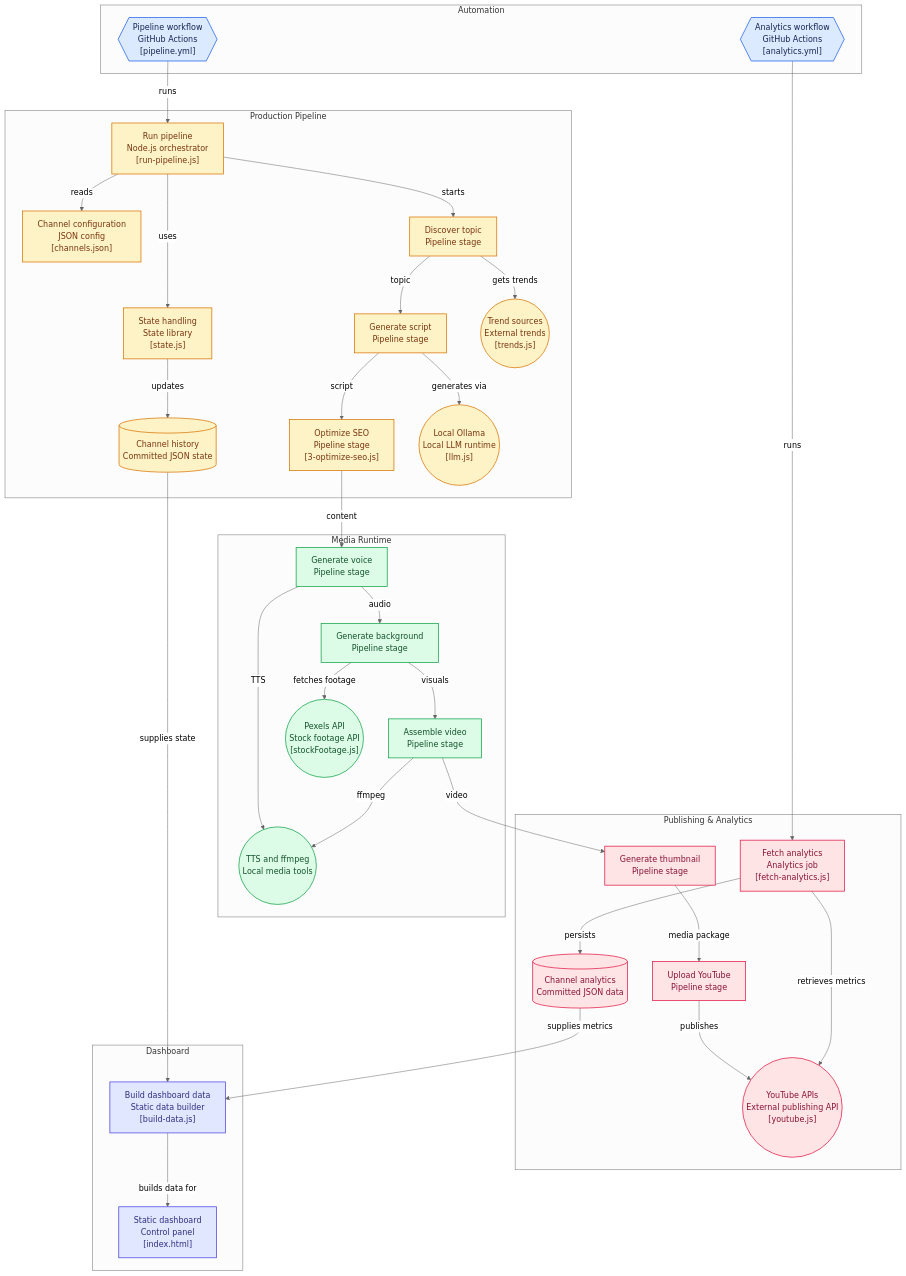
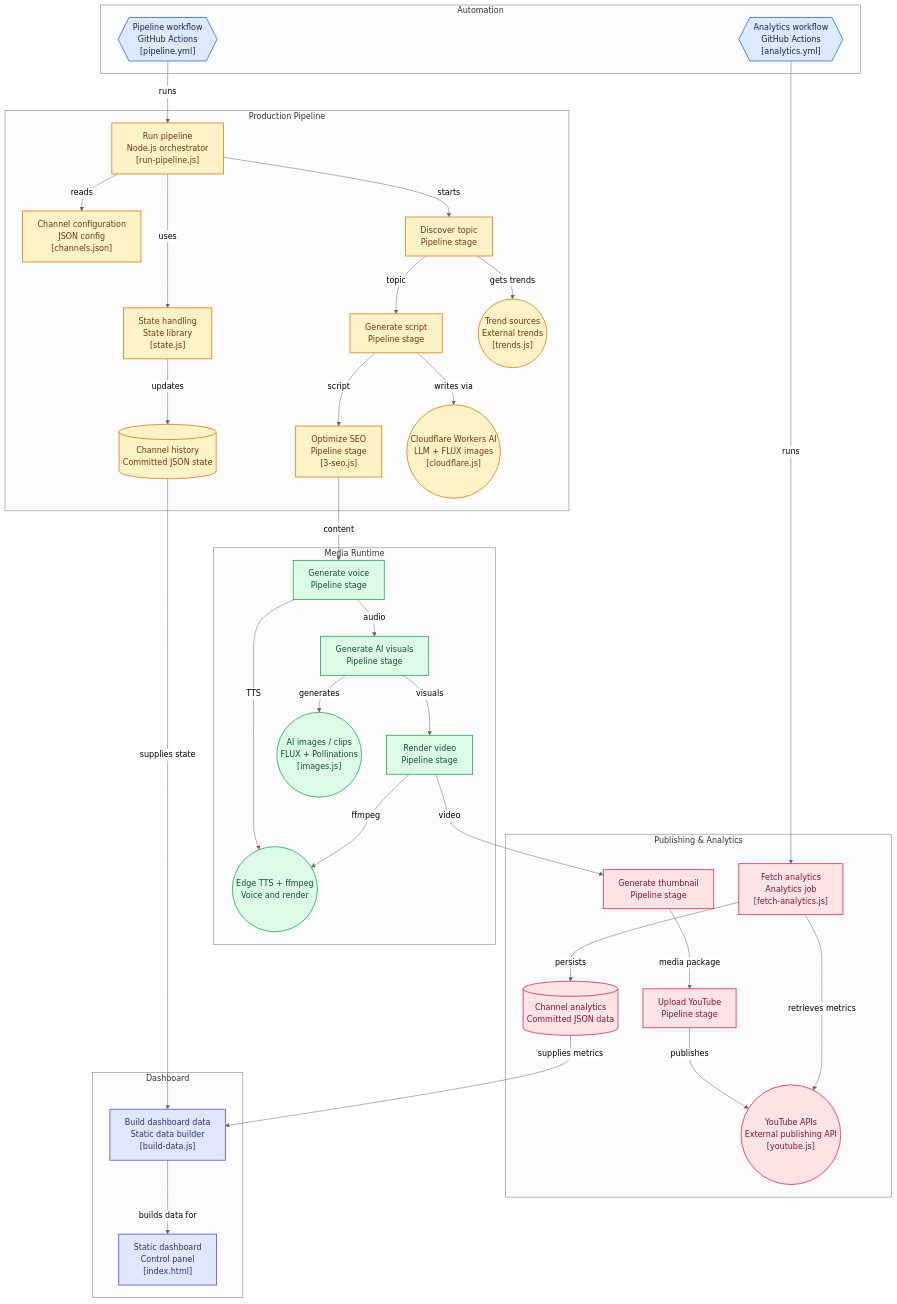
The diagram in README.md (pkanderi-abio/youtube-autopilot), drawn with Mermaid (neutral theme) before and after one commit. The commit also changed other lines of this file and 36 other files, not shown here.

```diff
--- a/README.md
+++ b/README.md
@@ -32,17 +33,17 @@
   node_history[("Channel history<br/>Committed JSON state")]
   node_discovery["Discover topic<br/>Pipeline stage"]
   node_script["Generate script<br/>Pipeline stage"]
-  node_seo["Optimize SEO<br/>Pipeline stage<br/>[3-optimize-seo.js]"]
+  node_seo["Optimize SEO<br/>Pipeline stage<br/>[3-seo.js]"]
   node_trends_api(("Trend sources<br/>External trends<br/>[trends.js]"))
-  node_ollama(("Local Ollama<br/>Local LLM runtime<br/>[llm.js]"))
+  node_ollama(("Cloudflare Workers AI<br/>LLM + FLUX images<br/>[cloudflare.js]"))
 end
 
 subgraph group_media["Media Runtime"]
   node_voice["Generate voice<br/>Pipeline stage"]
-  node_background["Generate background<br/>Pipeline stage"]
-  node_assembly["Assemble video<br/>Pipeline stage"]
-  node_stock_api(("Pexels API<br/>Stock footage API<br/>[stockFootage.js]"))
-  node_media_tools(("TTS and ffmpeg<br/>Local media tools"))
+  node_background["Generate AI visuals<br/>Pipeline stage"]
+  node_assembly["Render video<br/>Pipeline stage"]
+  node_stock_api(("AI images / clips<br/>FLUX + Pollinations<br/>[images.js]"))
+  node_media_tools(("Edge TTS + ffmpeg<br/>Voice and render"))
 end
 
 subgraph group_publishing["Publishing &amp; Analytics"]
@@ -65,12 +66,12 @@
 node_orchestrator -->|"starts"| node_discovery
 node_discovery -->|"gets trends"| node_trends_api
 node_discovery -->|"topic"| node_script
-node_script -->|"generates via"| node_ollama
+node_script -->|"writes via"| node_ollama
 node_script -->|"script"| node_seo
 node_seo -->|"content"| node_voice
 node_voice -->|"TTS"| node_media_tools
 node_voice -->|"audio"| node_background
-node_background -->|"fetches footage"| node_stock_api
+node_background -->|"generates"| node_stock_api
 node_background -->|"visuals"| node_assembly
 node_assembly -->|"ffmpeg"| node_media_tools
 node_assembly -->|"video"| node_thumbnail
@@ -89,17 +90,17 @@
 click node_orchestrator "https://github.com/pkanderi-abio/youtube-autopilot/blob/main/backend/src/run-pipeline.js"
 click node_state "https://github.com/pkanderi-abio/youtube-autopilot/blob/main/backend/src/lib/state.js"
 click node_history "https://github.com/pkanderi-abio/youtube-autopilot/blob/main/backend/data/history-channel1.json"
-click node_discovery "https://github.com/pkanderi-abio/youtube-autopilot/blob/main/backend/src/steps/1-discover-topic.js"
-click node_script "https://github.com/pkanderi-abio/youtube-autopilot/blob/main/backend/src/steps/2-generate-script.js"
-click node_seo "https://github.com/pkanderi-abio/youtube-autopilot/blob/main/backend/src/steps/3-optimize-seo.js"
-click node_voice "https://github.com/pkanderi-abio/youtube-autopilot/blob/main/backend/src/steps/4-generate-voice.js"
-click node_background "https://github.com/pkanderi-abio/youtube-autopilot/blob/main/backend/src/steps/5-generate-background.js"
-click node_assembly "https://github.com/pkanderi-abio/youtube-autopilot/blob/main/backend/src/steps/6-assemble-video.js"
-click node_thumbnail "https://github.com/pkanderi-abio/youtube-autopilot/blob/main/backend/src/steps/7-generate-thumbnail.js"
-click node_upload "https://github.com/pkanderi-abio/youtube-autopilot/blob/main/backend/src/steps/8-upload-youtube.js"
+click node_discovery "https://github.com/pkanderi-abio/youtube-autopilot/blob/main/backend/src/steps/1-topic.js"
+click node_script "https://github.com/pkanderi-abio/youtube-autopilot/blob/main/backend/src/steps/2-script.js"
+click node_seo "https://github.com/pkanderi-abio/youtube-autopilot/blob/main/backend/src/steps/3-seo.js"
+click node_voice "https://github.com/pkanderi-abio/youtube-autopilot/blob/main/backend/src/steps/4-voice.js"
+click node_background "https://github.com/pkanderi-abio/youtube-autopilot/blob/main/backend/src/steps/5-visuals.js"
+click node_assembly "https://github.com/pkanderi-abio/youtube-autopilot/blob/main/backend/src/steps/6-render.js"
+click node_thumbnail "https://github.com/pkanderi-abio/youtube-autopilot/blob/main/backend/src/steps/7-thumbnail.js"
+click node_upload "https://github.com/pkanderi-abio/youtube-autopilot/blob/main/backend/src/steps/8-upload.js"
 click node_trends_api "https://github.com/pkanderi-abio/youtube-autopilot/blob/main/backend/src/lib/trends.js"
-click node_ollama "https://github.com/pkanderi-abio/youtube-autopilot/blob/main/backend/src/lib/llm.js"
-click node_stock_api "https://github.com/pkanderi-abio/youtube-autopilot/blob/main/backend/src/lib/stockFootage.js"
+click node_ollama "https://github.com/pkanderi-abio/youtube-autopilot/blob/main/backend/src/lib/cloudflare.js"
+click node_stock_api "https://github.com/pkanderi-abio/youtube-autopilot/blob/main/backend/src/lib/images.js"
 click node_youtube_api "https://github.com/pkanderi-abio/youtube-autopilot/blob/main/backend/src/lib/youtube.js"
 click node_analytics_fetch "https://github.com/pkanderi-abio/youtube-autopilot/blob/main/backend/scripts/fetch-analytics.js"
 click node_analytics_data "https://github.com/pkanderi-abio/youtube-autopilot/blob/main/backend/data/analytics-channel1.json"
```
